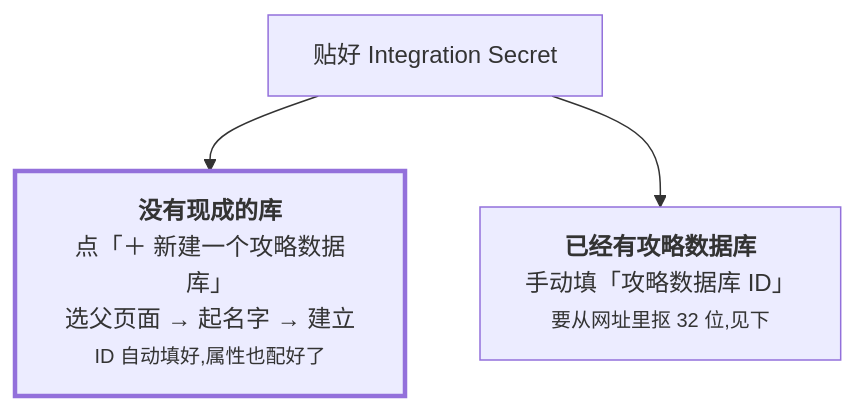
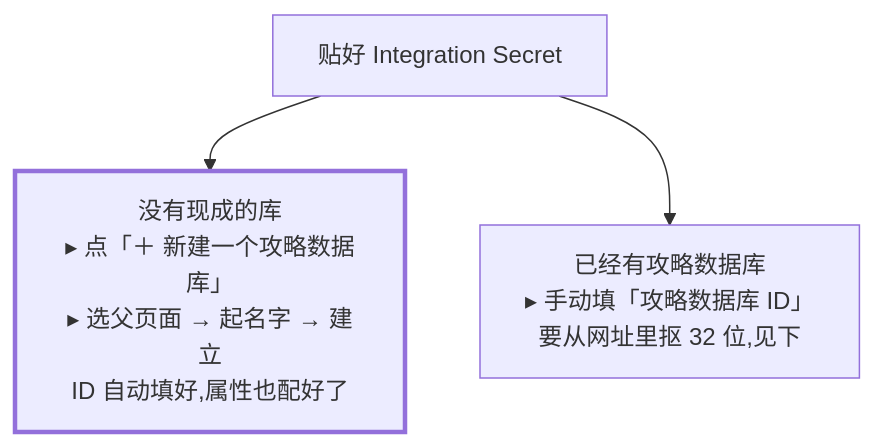
One commit to LethalKebab/steam-achievement-tracker changed the second of 2 diagrams in docs/notion-setup.md. Above: the diagram before and after it, drawn with Mermaid. The commit also changed other lines of this file, not shown here.

First line of the commit message:
docs: mermaid 标签只用 <br/>,去掉 <small> 和 <b> (#27)

````diff
--- a/docs/notion-setup.md
+++ b/docs/notion-setup.md
@@ -63,6 +63,6 @@
 ```mermaid
 flowchart TD
-    S["贴好 Integration Secret"] --> L["<b>没有现成的库</b><br/>点「＋ 新建一个攻略数据库」<br/>选父页面 → 起名字 → 建立<br/><small>ID 自动填好,属性也配好了</small>"]
-    S --> R["<b>已经有攻略数据库</b><br/>手动填「攻略数据库 ID」<br/><small>要从网址里抠 32 位,见下</small>"]
+    S["贴好 Integration Secret"] --> L["没有现成的库<br/>▸ 点「＋ 新建一个攻略数据库」<br/>▸ 选父页面 → 起名字 → 建立<br/>ID 自动填好,属性也配好了"]
+    S --> R["已经有攻略数据库<br/>▸ 手动填「攻略数据库 ID」<br/>要从网址里抠 32 位,见下"]
     style L stroke-width:3px
 ```
````
